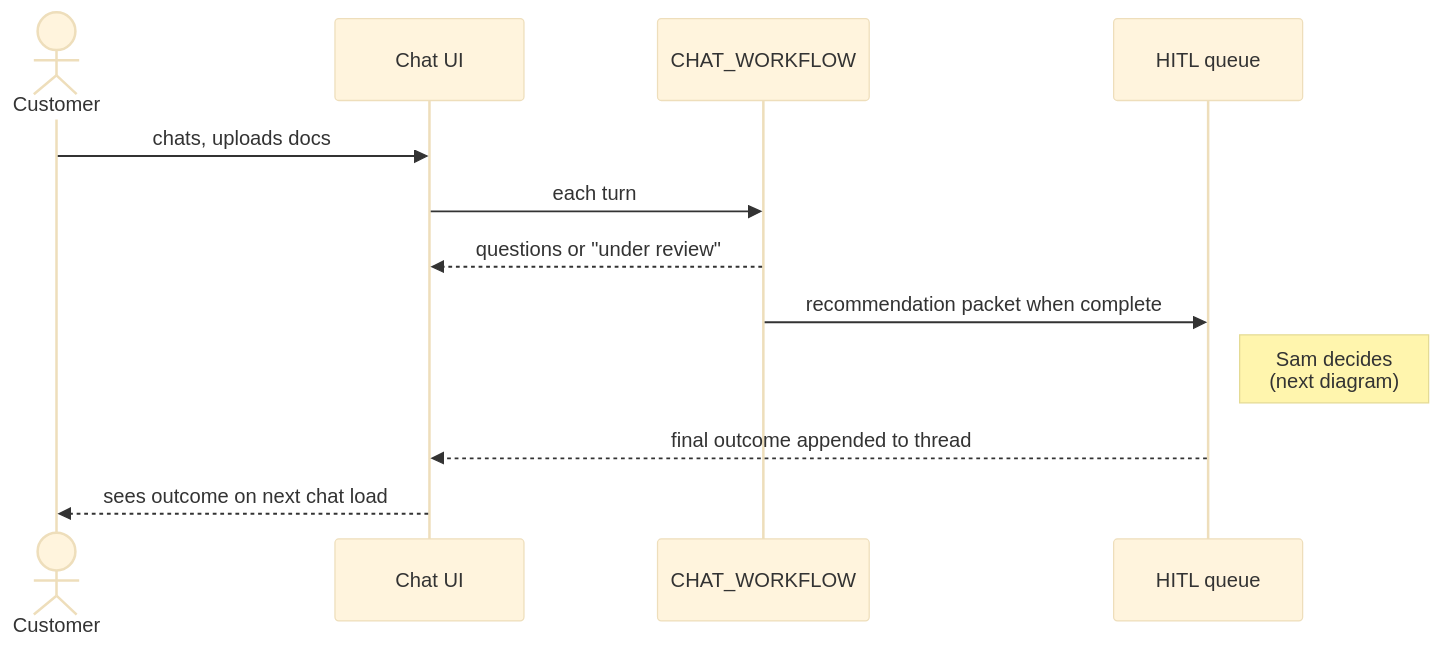
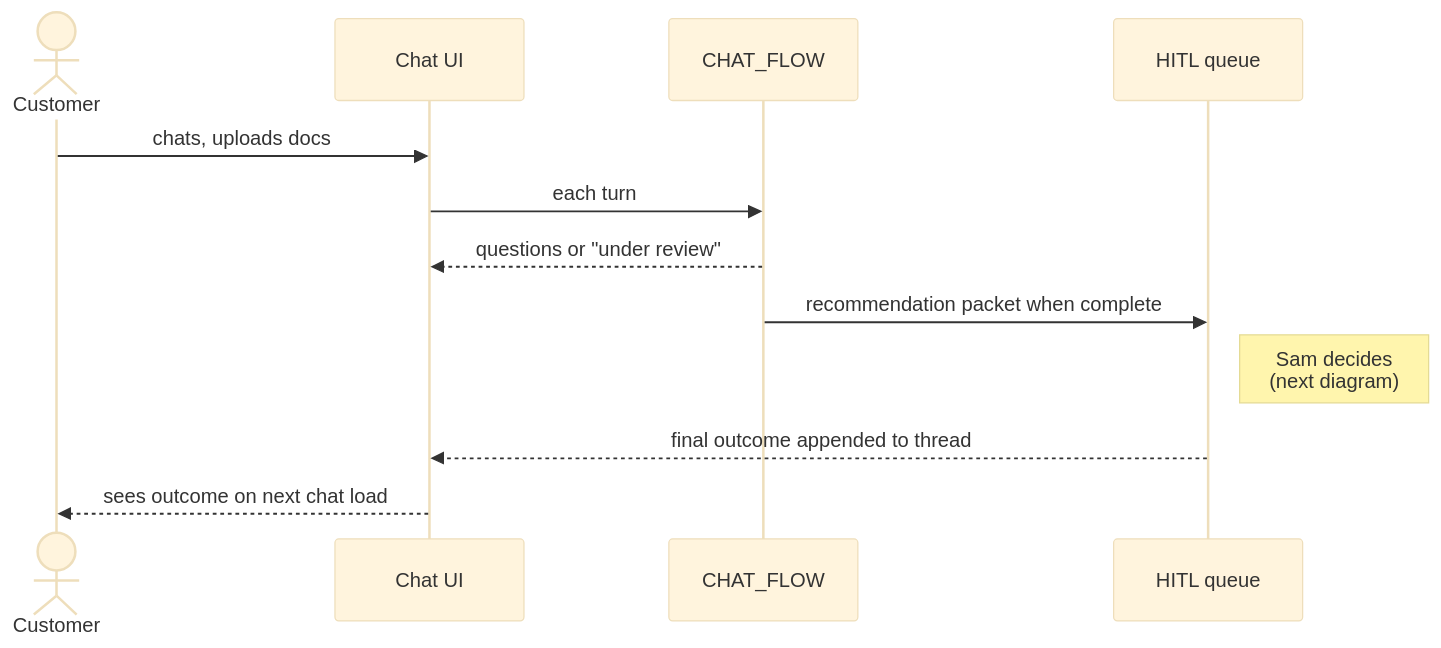
The second of 5 diagrams in README.md (vmleon/oracle-database-private-agent-factory-poc), drawn with Mermaid (base theme) before and after one commit. The commit also changed other lines of this file and 20 other files, not shown here.

Commit message:
docs(flow): describe CHAT_FLOW as a manager with sub-agents

````diff
--- a/README.md
+++ b/README.md
@@ -46,14 +46,14 @@
 ```mermaid
 sequenceDiagram
     actor Customer
     participant Chat as Chat UI
-    participant Agent as CHAT_WORKFLOW
+    participant Agent as CHAT_FLOW
     participant HITL as HITL queue
     Customer->>Chat: chats, uploads docs
     Chat->>Agent: each turn
     Agent-->>Chat: questions or "under review"
     Agent->>HITL: recommendation packet when complete
     Note right of HITL: Sam decides<br/>(next diagram)
     HITL-->>Chat: final outcome appended to thread
     Chat-->>Customer: sees outcome on next chat load
 ```
````
